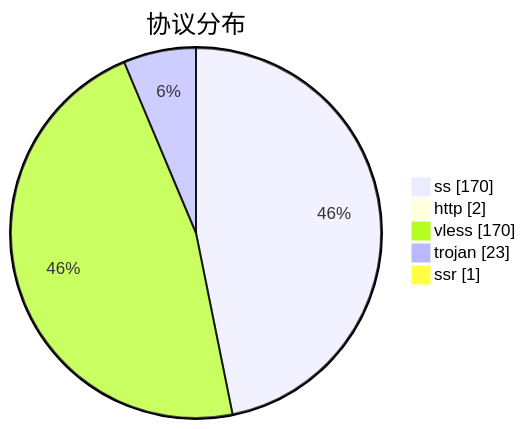
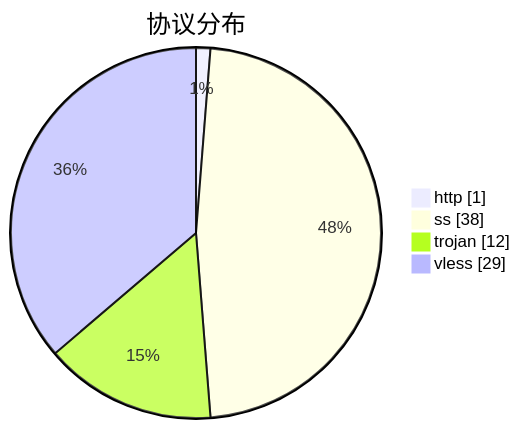
Before and after one commit to qjlxg/airport: the third of 3 diagrams in subs/statistics/tested_within.md, drawn with Mermaid. The commit also changed other lines of this file and 2 other files, not shown here.

````diff
--- a/subs/statistics/tested_within.md
+++ b/subs/statistics/tested_within.md
@@ -18,9 +15,8 @@
 ```mermaid
 pie showData
 title 协议分布
-"ss" : 170
-"http" : 2
-"vless" : 170
-"trojan" : 23
-"ssr" : 1
+"http" : 1
+"ss" : 38
+"trojan" : 12
+"vless" : 29
 ```
````
